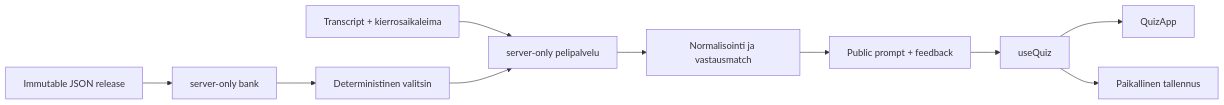
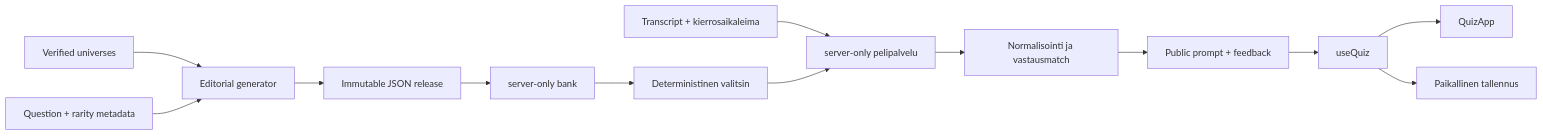
Before and after one commit to hiqporoid/mylvisa: the diagram in docs/architecture.md, drawn with Mermaid. The commit also changed other lines of this file and 15 other files, not shown here.

Commit message:
Audit and rebuild rarity content bank

````diff
--- a/docs/architecture.md
+++ b/docs/architecture.md
@@ -5,12 +5,15 @@
 ```mermaid
 flowchart LR
-  JSON[Immutable JSON release] --> Bank[server-only bank]
+  Universe[Verified universes] --> Generator[Editorial generator]
+  Authorship[Question + rarity metadata] --> Generator
+  Generator --> JSON[Immutable JSON release]
+  JSON --> Bank[server-only bank]
   Bank --> Select[Deterministinen valitsin]
   Request[Transcript + kierrosaikaleima] --> Game[server-only pelipalvelu]
   Select --> Game
   Game --> Match[Normalisointi ja vastausmatch]
   Match --> DTO[Public prompt + feedback]
   DTO --> Hook[useQuiz]
   Hook --> UI[QuizApp]
   Hook --> Local[Paikallinen tallennus]
 ```
````
